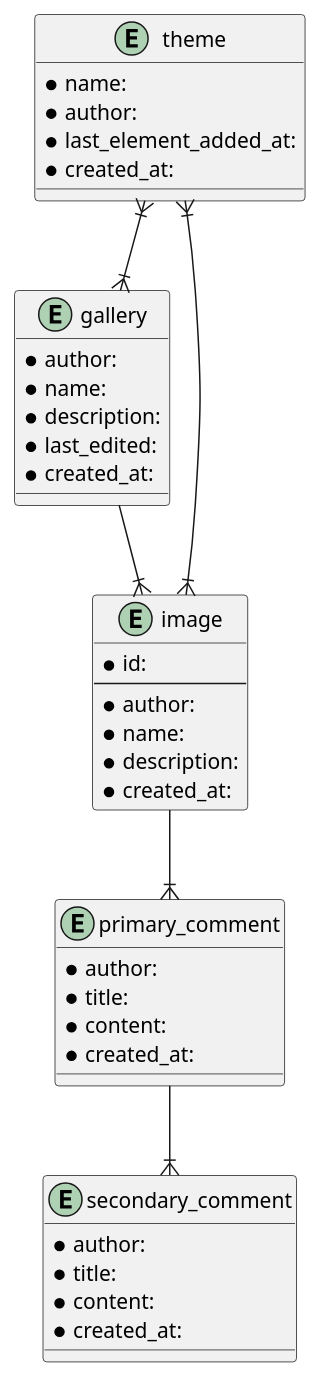
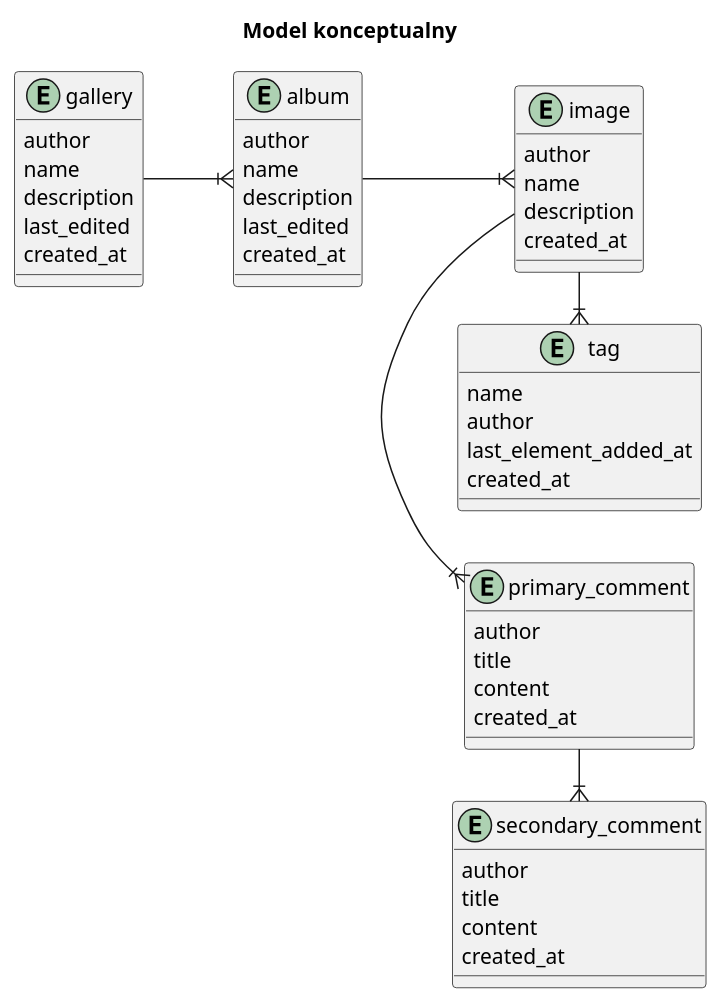
One commit to paiGallery3G/db_models changed the diagram in conceptual.puml. Above: the diagram before and after it, drawn with PlantUML.

```diff
--- a/conceptual.puml
+++ b/conceptual.puml
@@ -1,48 +1,56 @@
 @startuml
+left to right direction
+' Horizontal lines:
+' Vertical lines: -->, <--, <-->, ->, -|{, <->
+title Model konceptualny
 
 entity gallery {
-  * author:
-  * name:
-  * description:
-  * last_edited:
-  * created_at:
+ author
+ name
+ description
+ last_edited
+ created_at
+}
+
+entity album {
+ author
+ name
+ description
+ last_edited
+ created_at
 }
 
 entity image {
-  * id:
-  --
-  * author:
-  * name:
-  * description:
-  * created_at:
+ author
+ name
+ description
+ created_at
 }
 
-entity primary_comment{
-  * author:
-  * title:
-  * content:
-  * created_at:
+entity primary_comment {
+ author
+ title
+ content
+ created_at
 }
 
-entity secondary_comment{
-  * author:
-  * title:
-  * content:
-  * created_at:
+entity secondary_comment {
+ author
+ title
+ content
+ created_at
 }
 
-entity theme{
-  * name:
-  * author:
-  * last_element_added_at:
-  * created_at:
+entity tag {
+ name
+ author
+ last_element_added_at
+ created_at
 }
 
-gallery --|{ image
-image   --|{ primary_comment
-primary_comment --|{ secondary_comment
-
-theme }|--|{ image
-theme }|--|{ gallery
-
+gallery --|{ album
+album --|{ image
+image -|{ primary_comment
+primary_comment -|{ secondary_comment
+image -|{ tag
 @enduml
```
